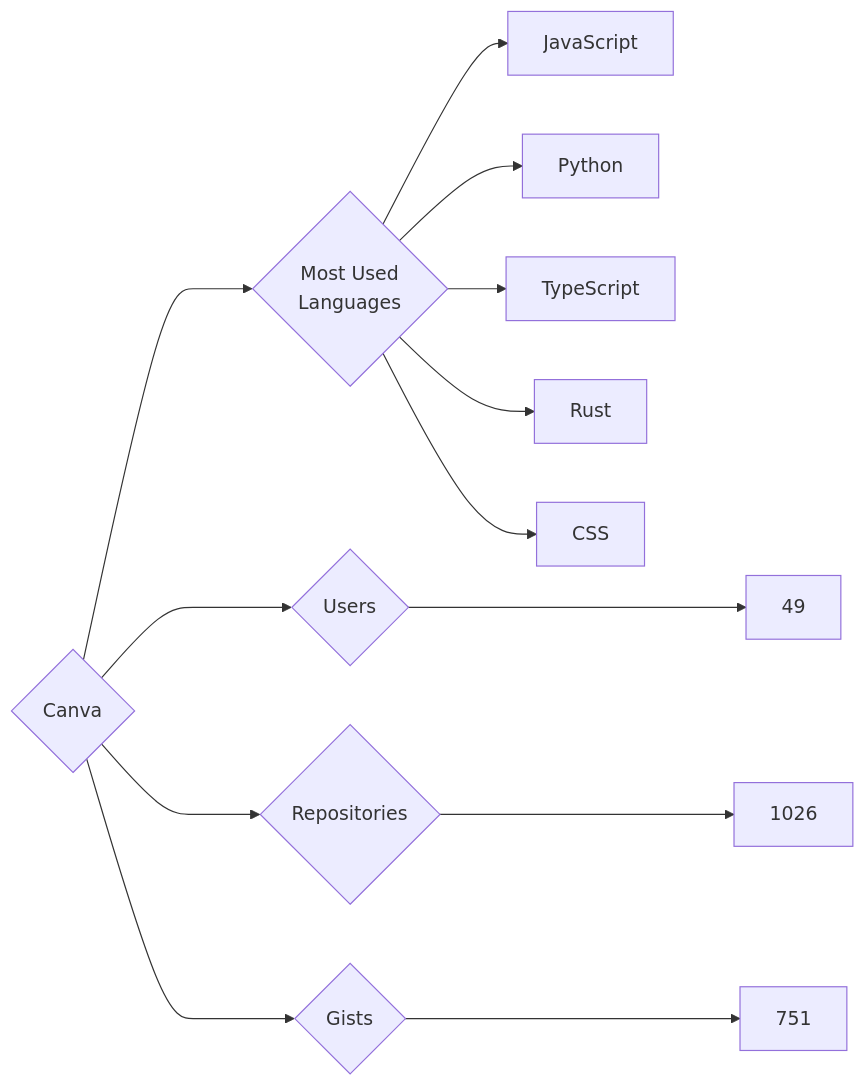
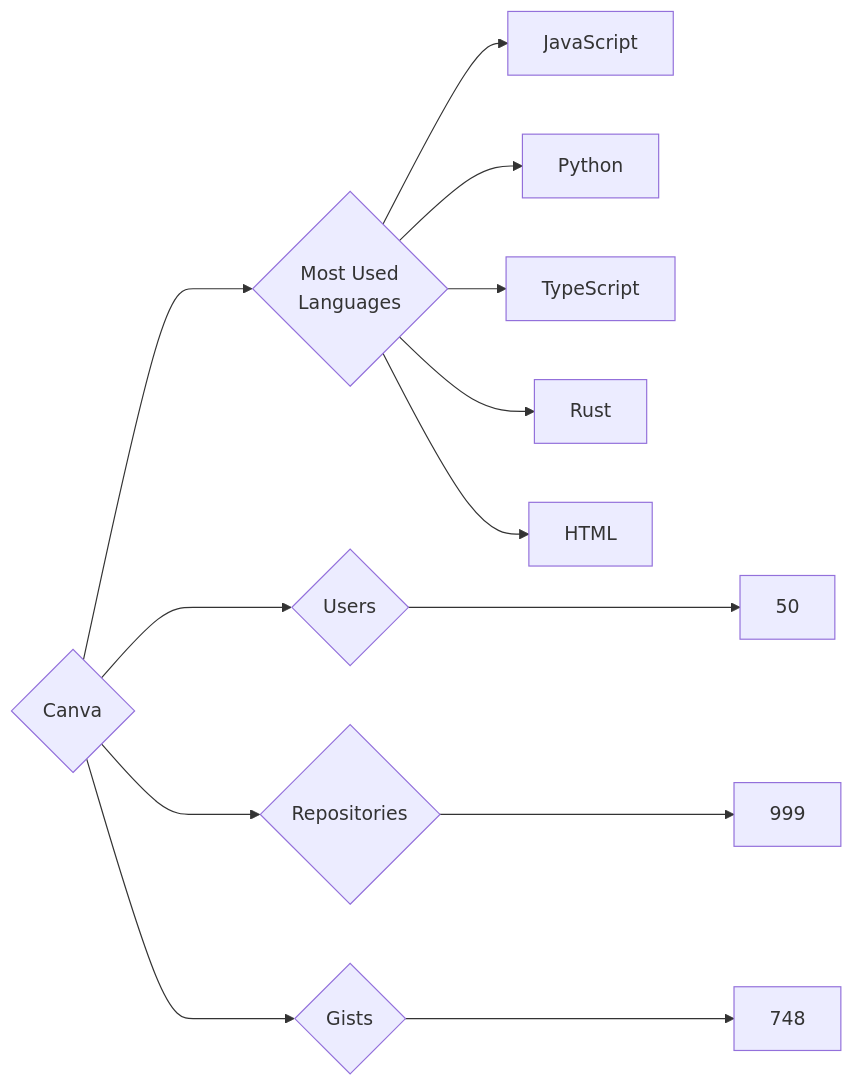
One commit to trickest/insiders changed the diagram in targets/Canva/README.md. Above: the diagram before and after it, drawn with Mermaid. The commit also changed 1195 other files, not shown here.

````diff
--- a/targets/Canva/README.md
+++ b/targets/Canva/README.md
@@ -3,13 +3,13 @@
 ```mermaid
 graph LR
 COMPANY_NAME{Canva}
-COMPANY_NAME ---> U{Users} ---> UN[49]
-COMPANY_NAME ---> R{Repositories} ---> RN[1026]
-COMPANY_NAME ---> G{Gists} ---> GN[751]
+COMPANY_NAME ---> U{Users} ---> UN[50]
+COMPANY_NAME ---> R{Repositories} ---> RN[999]
+COMPANY_NAME ---> G{Gists} ---> GN[748]
 COMPANY_NAME ---> ML{Most Used<br>Languages}
 ML --> JavaScript[JavaScript]
 ML --> Python[Python]
 ML --> TypeScript[TypeScript]
 ML --> Rust[Rust]
-ML --> CSS[CSS]
+ML --> HTML[HTML]
 ```
````
